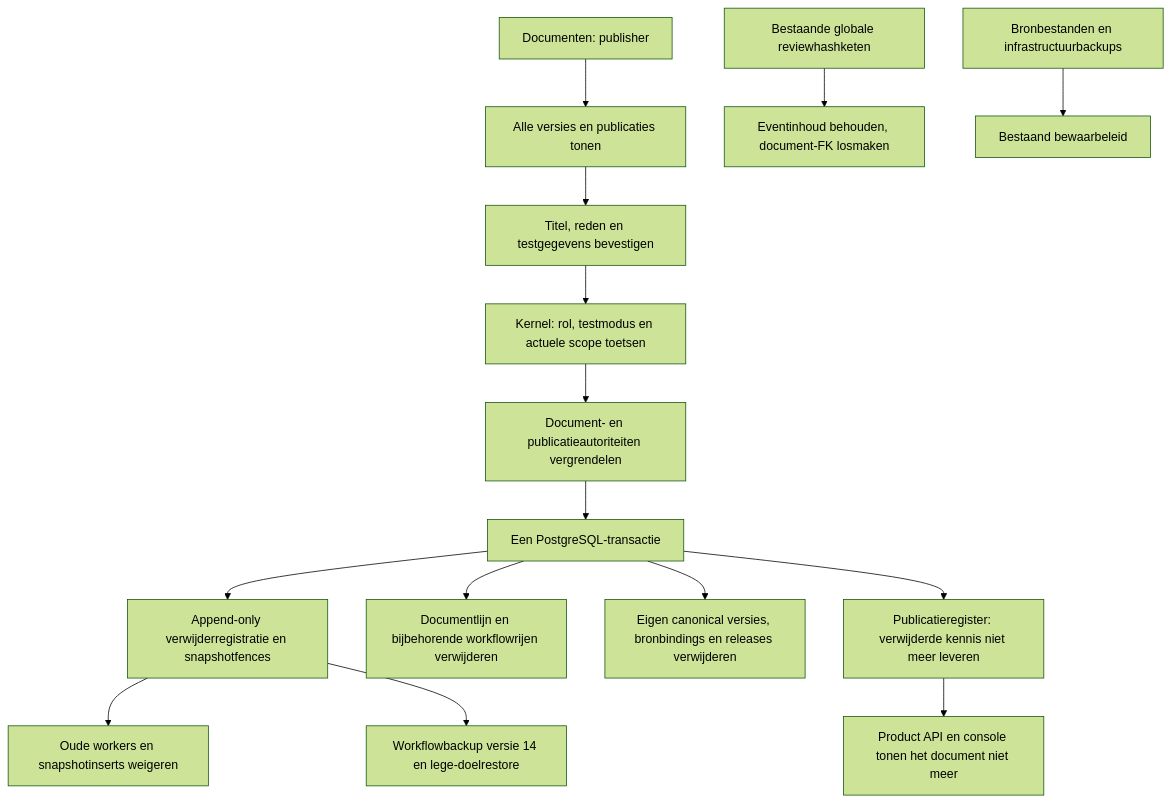
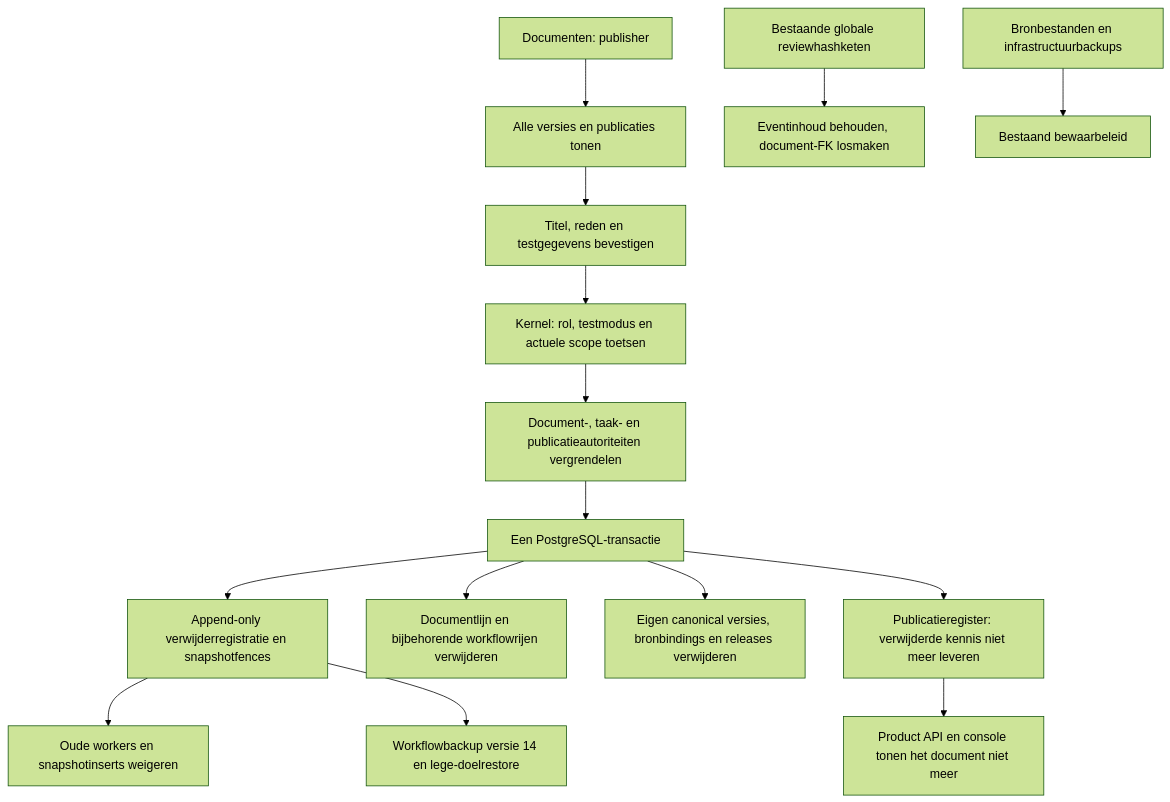
The diagram in docs/architecture/test-document-deletion-1037.md (WilliamGomes41/Metis-DS), drawn with Mermaid (forest theme) before and after one commit. The commit also changed other lines of this file and 6 other files, not shown here.

````diff
--- a/docs/architecture/test-document-deletion-1037.md
+++ b/docs/architecture/test-document-deletion-1037.md
@@ -8,17 +8,17 @@
 ```mermaid
 flowchart TD
     UI[Documenten: publisher] --> PREVIEW[Alle versies en publicaties tonen]
     PREVIEW --> CONFIRM[Titel, reden en testgegevens bevestigen]
     CONFIRM --> KERNEL[Kernel: rol, testmodus en actuele scope toetsen]
-    KERNEL --> LOCK[Document- en publicatieautoriteiten vergrendelen]
+    KERNEL --> LOCK[Document-, taak- en publicatieautoriteiten vergrendelen]
     LOCK --> TX[Een PostgreSQL-transactie]
     TX --> RECEIPT[Append-only verwijderregistratie en snapshotfences]
     TX --> WORK[Documentlijn en bijbehorende workflowrijen verwijderen]
     TX --> CANON[Eigen canonical versies, bronbindings en releases verwijderen]
     TX --> REGISTRY[Publicatieregister: verwijderde kennis niet meer leveren]
     RECEIPT --> STALE[Oude workers en snapshotinserts weigeren]
     RECEIPT --> BACKUP[Workflowbackup versie 14 en lege-doelrestore]
     AUDIT[Bestaande globale reviewhashketen] --> KEEP[Eventinhoud behouden, document-FK losmaken]
     SOURCE[Bronbestanden en infrastructuurbackups] --> RETAIN[Bestaand bewaarbeleid]
     REGISTRY --> API[Product API en console tonen het document niet meer]
 ```
````
